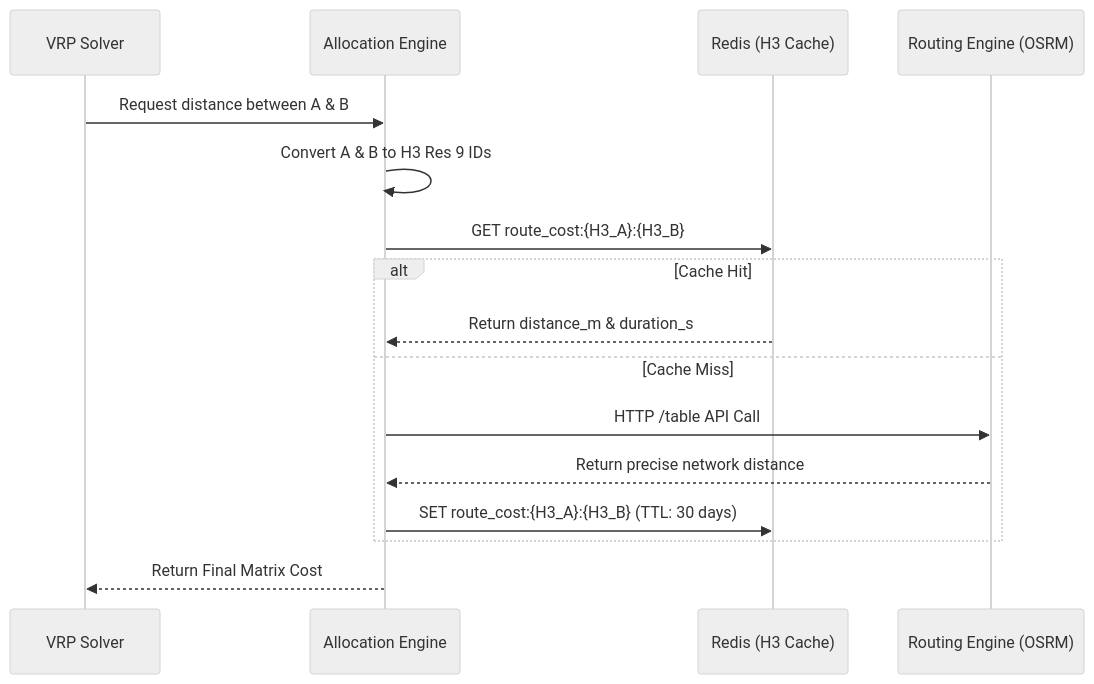
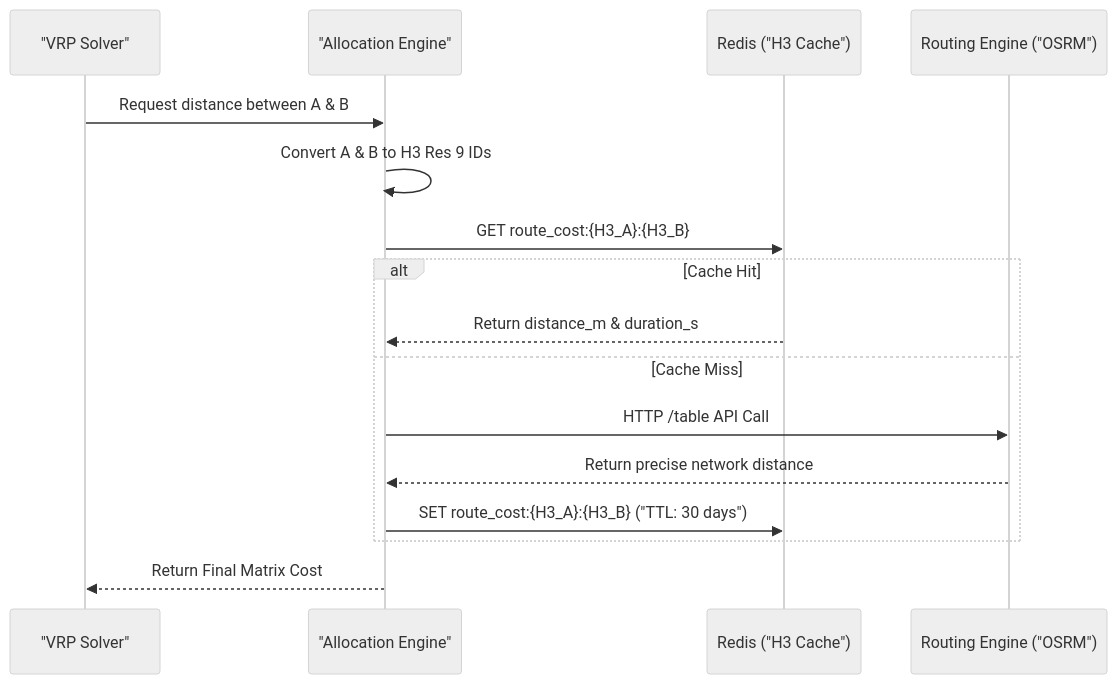
The diagram in content/series/ecommerce-order-allocation/part-7-distance-matrix-routing.md (vesviet/vesviet), drawn with Mermaid (neutral theme) before and after one commit. The commit also changed other lines of this file and 331 other files, not shown here.

````diff
--- a/content/series/ecommerce-order-allocation/part-7-distance-matrix-routing.md
+++ b/content/series/ecommerce-order-allocation/part-7-distance-matrix-routing.md
@@ -345,19 +347,19 @@
 ```mermaid
 sequenceDiagram
-    participant VRP as VRP Solver
-    participant App as Allocation Engine
-    participant Cache as Redis (H3 Cache)
-    participant OSRM as Routing Engine (OSRM)
+    participant VRP as "VRP Solver"
+    participant App as "Allocation Engine"
+    participant Cache as Redis ("H3 Cache")
+    participant OSRM as Routing Engine ("OSRM")
 
     VRP->>App: Request distance between A & B
     App->>App: Convert A & B to H3 Res 9 IDs
     App->>Cache: GET route_cost:{H3_A}:{H3_B}
     alt Cache Hit
         Cache-->>App: Return distance_m & duration_s
     else Cache Miss
         App->>OSRM: HTTP /table API Call
         OSRM-->>App: Return precise network distance
-        App->>Cache: SET route_cost:{H3_A}:{H3_B} (TTL: 30 days)
+        App->>Cache: SET route_cost:{H3_A}:{H3_B} ("TTL: 30 days")
     end
     App-->>VRP: Return Final Matrix Cost
 ```
````
